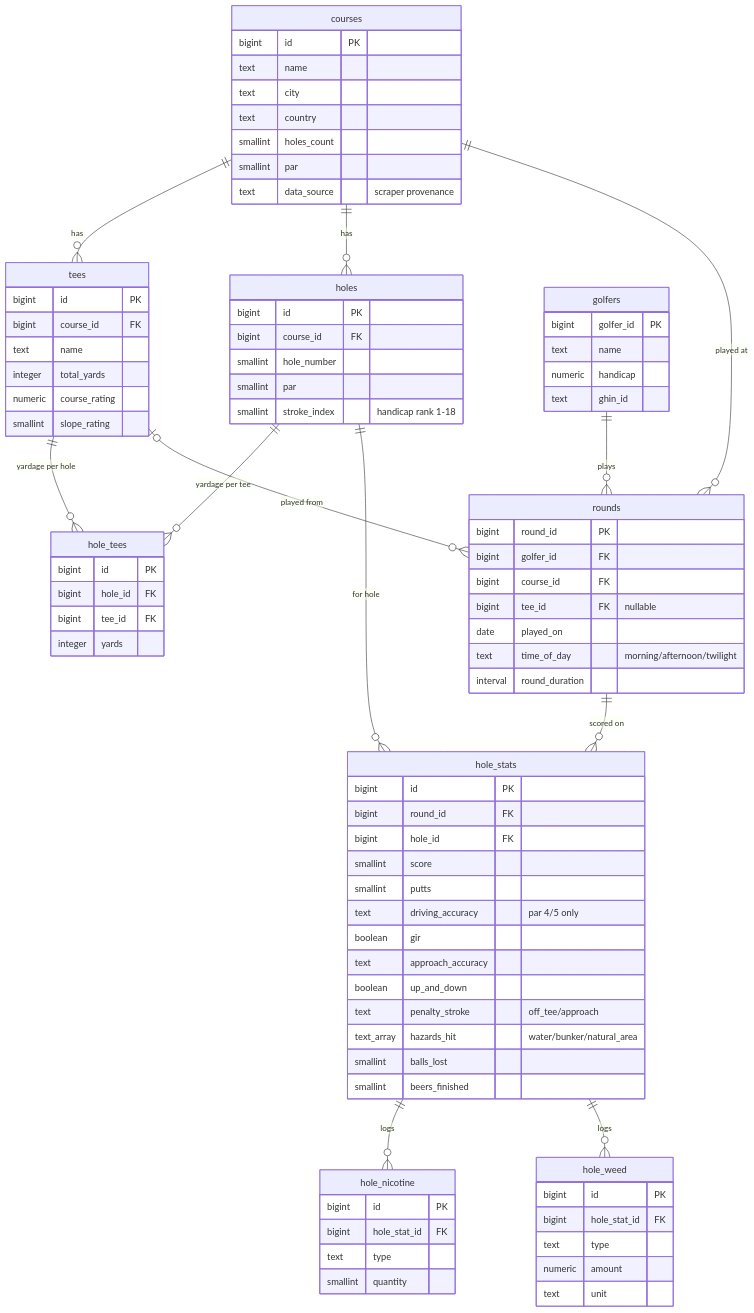
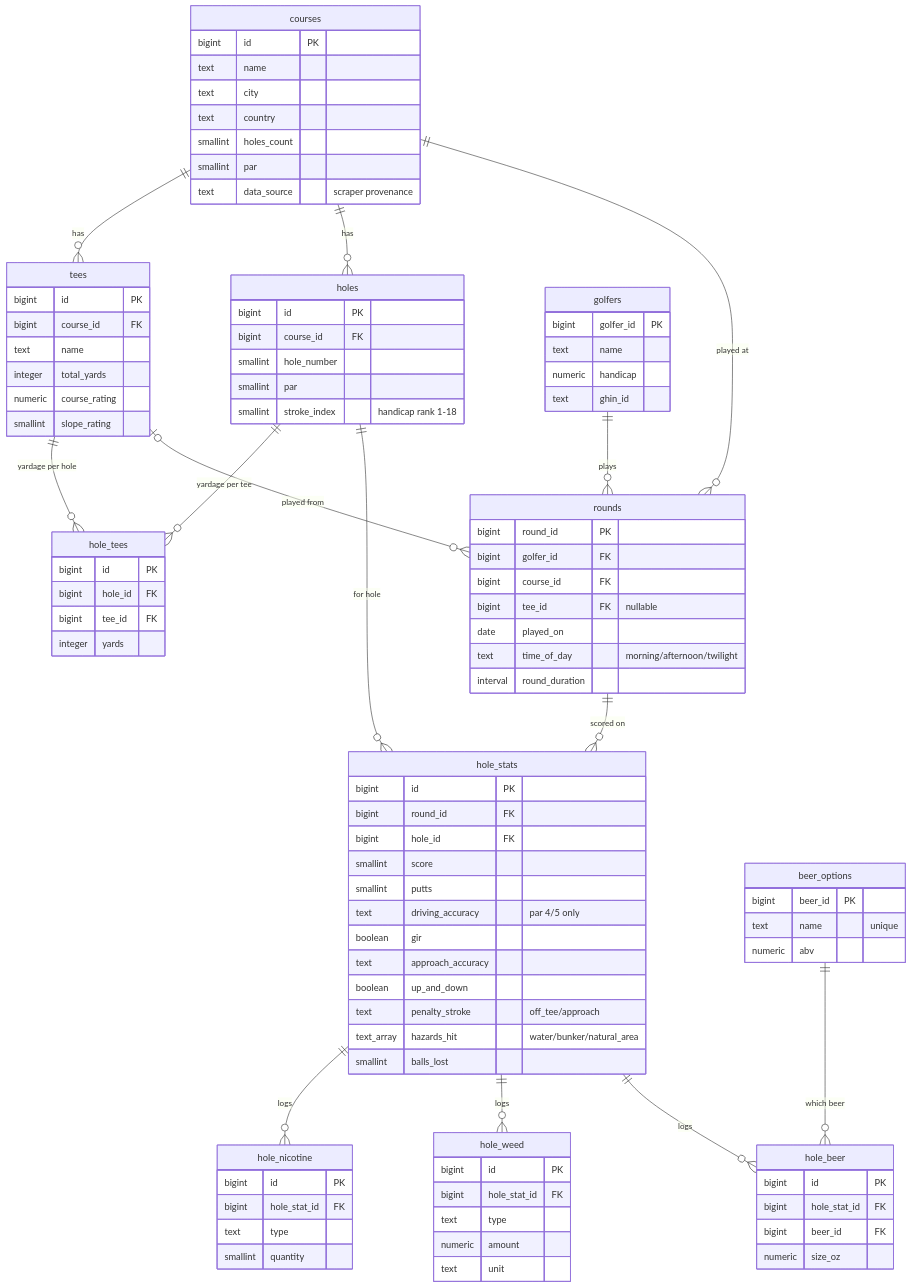
One commit to tim-markel/golf-stats changed the diagram in README.md. Above: the diagram before and after it, drawn with Mermaid. The commit also changed 8 other files, not shown here.

First line of the commit message:
Add beer catalog and itemized per-hole beer logging

````diff
--- a/README.md
+++ b/README.md
@@ -73,6 +73,8 @@
     holes   ||--o{ hole_stats : "for hole"
     hole_stats ||--o{ hole_nicotine : "logs"
     hole_stats ||--o{ hole_weed : "logs"
+    hole_stats ||--o{ hole_beer : "logs"
+    beer_options ||--o{ hole_beer : "which beer"
 
     courses {
         bigint id PK
@@ -132,7 +134,6 @@
         text penalty_stroke "off_tee/approach"
         text_array hazards_hit "water/bunker/natural_area"
         smallint balls_lost
-        smallint beers_finished
     }
     hole_nicotine {
         bigint id PK
@@ -147,4 +148,15 @@
         numeric amount
         text unit
     }
+    beer_options {
+        bigint beer_id PK
+        text name "unique"
+        numeric abv
+    }
+    hole_beer {
+        bigint id PK
+        bigint hole_stat_id FK
+        bigint beer_id FK
+        numeric size_oz
+    }
 ```
````
